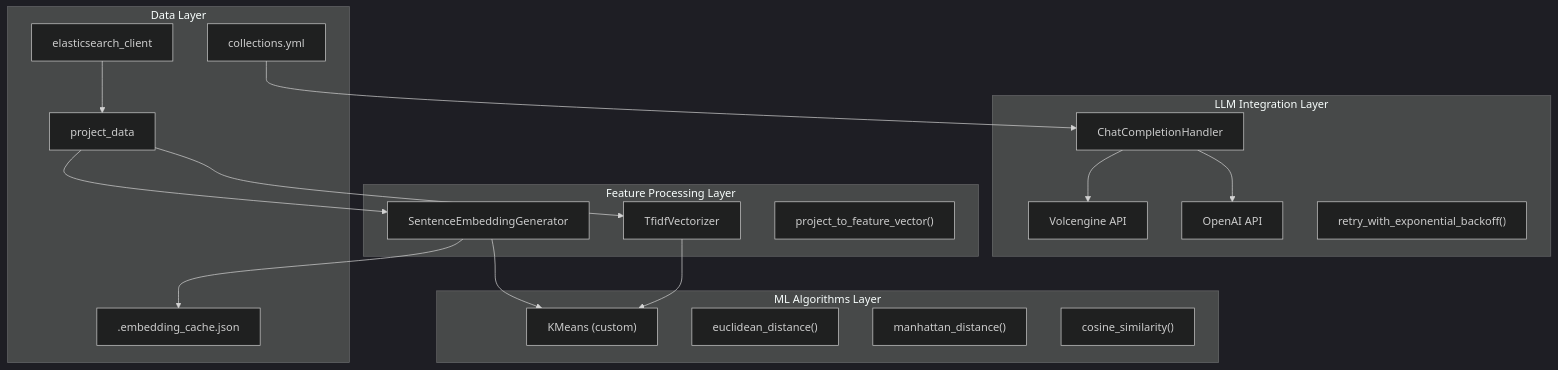
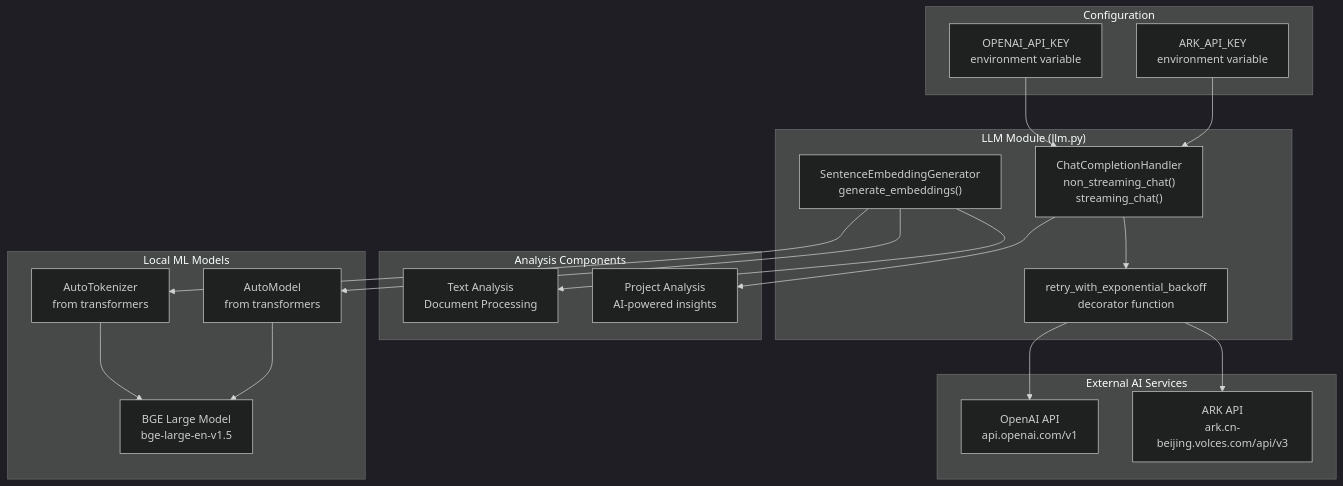
Before and after one commit to chenyx2012/openchecker: the first of 4 diagrams in docs/wiki/AI-and-Machine-Learning-Components.md, drawn with Mermaid (dark theme). The commit also changed other lines of this file and 45 other files, not shown here.

````diff
--- a/docs/wiki/AI-and-Machine-Learning-Components.md
+++ b/docs/wiki/AI-and-Machine-Learning-Components.md
@@ -19,55 +18,55 @@
 ```mermaid
 flowchart TD
 
-ElasticSearch["elasticsearch_client"]
-ProjectData["project_data"]
-CategoryYAML["collections.yml"]
-EmbeddingCache[".embedding_cache.json"]
-TfIdfVectorizer["TfidfVectorizer"]
-SentenceEmbeddingGenerator["SentenceEmbeddingGenerator"]
-project_to_feature_vector["project_to_feature_vector()"]
-KMeansCustom["KMeans (custom)"]
-euclidean_distance["euclidean_distance()"]
-manhattan_distance["manhattan_distance()"]
-cosine_similarity["cosine_similarity()"]
-ChatCompletionHandler["ChatCompletionHandler"]
-OpenAIAPI["OpenAI API"]
-VolcengineAPI["Volcengine API"]
-retry_with_exponential_backoff["retry_with_exponential_backoff()"]
+OpenAI_API["OpenAI API<br>api.openai.com/v1"]
+ARK_API["ARK API<br>ark.cn-beijing.volces.com/api/v3"]
+SentenceEmbeddingGenerator["SentenceEmbeddingGenerator<br>generate_embeddings()"]
+ChatCompletionHandler["ChatCompletionHandler<br>non_streaming_chat()<br>streaming_chat()"]
+retry_with_exponential_backoff["retry_with_exponential_backoff<br>decorator function"]
+BGE_Model["BGE Large Model<br>bge-large-en-v1.5"]
+AutoTokenizer["AutoTokenizer<br>from transformers"]
+AutoModel["AutoModel<br>from transformers"]
+OPENAI_API_KEY["OPENAI_API_KEY<br>environment variable"]
+ARK_API_KEY["ARK_API_KEY<br>environment variable"]
+TextAnalysis["Text Analysis<br>Document Processing"]
+ProjectAnalysis["Project Analysis<br>AI-powered insights"]
 
-    CategoryYAML --> ChatCompletionHandler
-    ProjectData --> TfIdfVectorizer
-    ProjectData --> SentenceEmbeddingGenerator
-    TfIdfVectorizer --> KMeansCustom
-    SentenceEmbeddingGenerator --> KMeansCustom
-    SentenceEmbeddingGenerator --> EmbeddingCache
-subgraph LLM_Integration_Layer ["LLM Integration Layer"]
-    ChatCompletionHandler
-    OpenAIAPI
-    VolcengineAPI
-    retry_with_exponential_backoff
-    ChatCompletionHandler --> OpenAIAPI
-    ChatCompletionHandler --> VolcengineAPI
+retry_with_exponential_backoff --> OpenAI_API
+retry_with_exponential_backoff --> ARK_API
+SentenceEmbeddingGenerator --> AutoTokenizer
+SentenceEmbeddingGenerator --> AutoModel
+OPENAI_API_KEY --> ChatCompletionHandler
+ARK_API_KEY --> ChatCompletionHandler
+SentenceEmbeddingGenerator --> TextAnalysis
+ChatCompletionHandler --> ProjectAnalysis
+
+subgraph subGraph4 ["Analysis Components"]
+    TextAnalysis
+    ProjectAnalysis
 end
 
-subgraph ML_Algorithms_Layer ["ML Algorithms Layer"]
-    KMeansCustom
-    euclidean_distance
-    manhattan_distance
-    cosine_similarity
+subgraph Configuration ["Configuration"]
+    OPENAI_API_KEY
+    ARK_API_KEY
 end
 
-subgraph Feature_Processing_Layer ["Feature Processing Layer"]
-    TfIdfVectorizer
-    SentenceEmbeddingGenerator
-    project_to_feature_vector
+subgraph subGraph2 ["Local ML Models"]
+    BGE_Model
+    AutoTokenizer
+    AutoModel
+    AutoTokenizer --> BGE_Model
+    AutoModel --> BGE_Model
 end
 
-subgraph Data_Layer ["Data Layer"]
-    ElasticSearch
-    ProjectData
-    CategoryYAML
-    EmbeddingCache
-    ElasticSearch --> ProjectData
+subgraph subGraph1 ["LLM Module (llm.py)"]
+    SentenceEmbeddingGenerator
+    ChatCompletionHandler
+    retry_with_exponential_backoff
+    ChatCompletionHandler --> retry_with_exponential_backoff
+end
+
+subgraph subGraph0 ["External AI Services"]
+    OpenAI_API
+    ARK_API
 end
 ```
````
